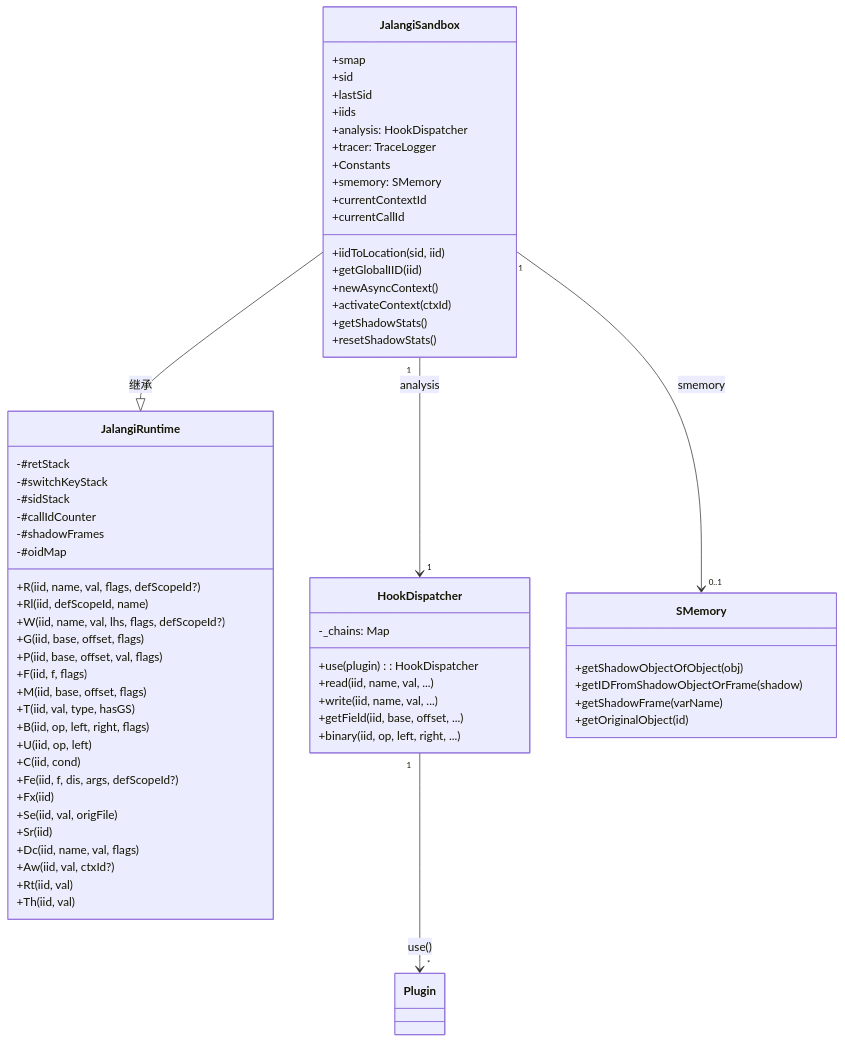
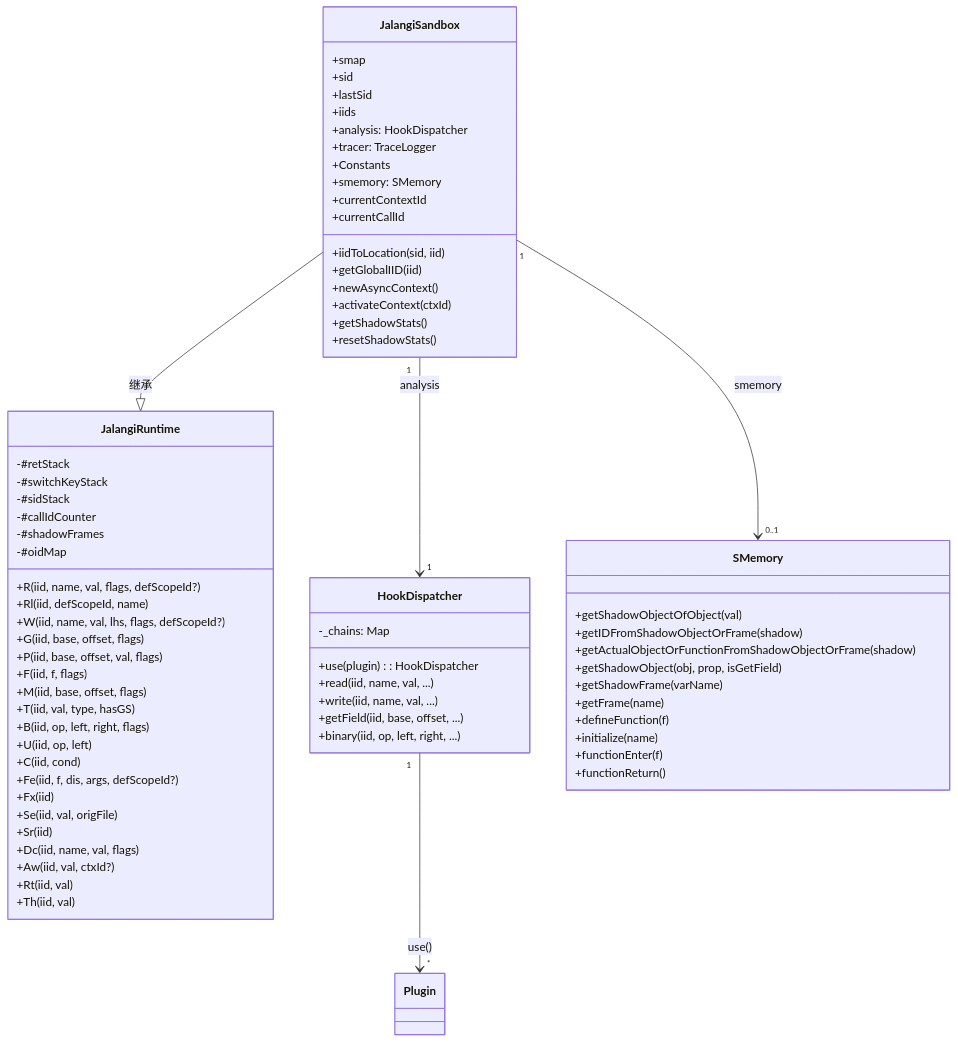
One commit to fuckreverse/Jani changed the first of 5 diagrams in docs/Runtime-System.md. Above: the diagram before and after it, drawn with Mermaid. The commit also changed other lines of this file and 11 other files, not shown here.

````diff
--- a/docs/Runtime-System.md
+++ b/docs/Runtime-System.md
@@ -23,70 +23,76 @@
 ```mermaid
 classDiagram
     class JalangiRuntime {
         +R(iid, name, val, flags, defScopeId?)
         +Rl(iid, defScopeId, name)
         +W(iid, name, val, lhs, flags, defScopeId?)
         +G(iid, base, offset, flags)
         +P(iid, base, offset, val, flags)
         +F(iid, f, flags)
         +M(iid, base, offset, flags)
         +T(iid, val, type, hasGS)
         +B(iid, op, left, right, flags)
         +U(iid, op, left)
         +C(iid, cond)
         +Fe(iid, f, dis, args, defScopeId?)
         +Fx(iid)
         +Se(iid, val, origFile)
         +Sr(iid)
         +Dc(iid, name, val, flags)
         +Aw(iid, val, ctxId?)
         +Rt(iid, val)
         +Th(iid, val)
         -#retStack
         -#switchKeyStack
         -#sidStack
         -#callIdCounter
         -#shadowFrames
         -#oidMap
     }
 
     class JalangiSandbox {
         +smap
         +sid
         +lastSid
         +iids
         +analysis: HookDispatcher
         +tracer: TraceLogger
         +Constants
         +smemory: SMemory
         +iidToLocation(sid, iid)
         +getGlobalIID(iid)
         +newAsyncContext()
         +activateContext(ctxId)
         +currentContextId
         +currentCallId
         +getShadowStats()
         +resetShadowStats()
     }
 
     class HookDispatcher {
         +use(plugin): HookDispatcher
         +read(iid, name, val, ...)
         +write(iid, name, val, ...)
         +getField(iid, base, offset, ...)
         +binary(iid, op, left, right, ...)
         -_chains: Map
     }
 
     class SMemory {
-        +getShadowObjectOfObject(obj)
+        +getShadowObjectOfObject(val)
         +getIDFromShadowObjectOrFrame(shadow)
+        +getActualObjectOrFunctionFromShadowObjectOrFrame(shadow)
+        +getShadowObject(obj, prop, isGetField)
         +getShadowFrame(varName)
-        +getOriginalObject(id)
+        +getFrame(name)
+        +defineFunction(f)
+        +initialize(name)
+        +functionEnter(f)
+        +functionReturn()
     }
 
     JalangiSandbox --|> JalangiRuntime : 继承
     JalangiSandbox "1" --> "1" HookDispatcher : analysis
     JalangiSandbox "1" --> "0..1" SMemory : smemory
     HookDispatcher "1" --> "*" Plugin : use()
 ```
````
